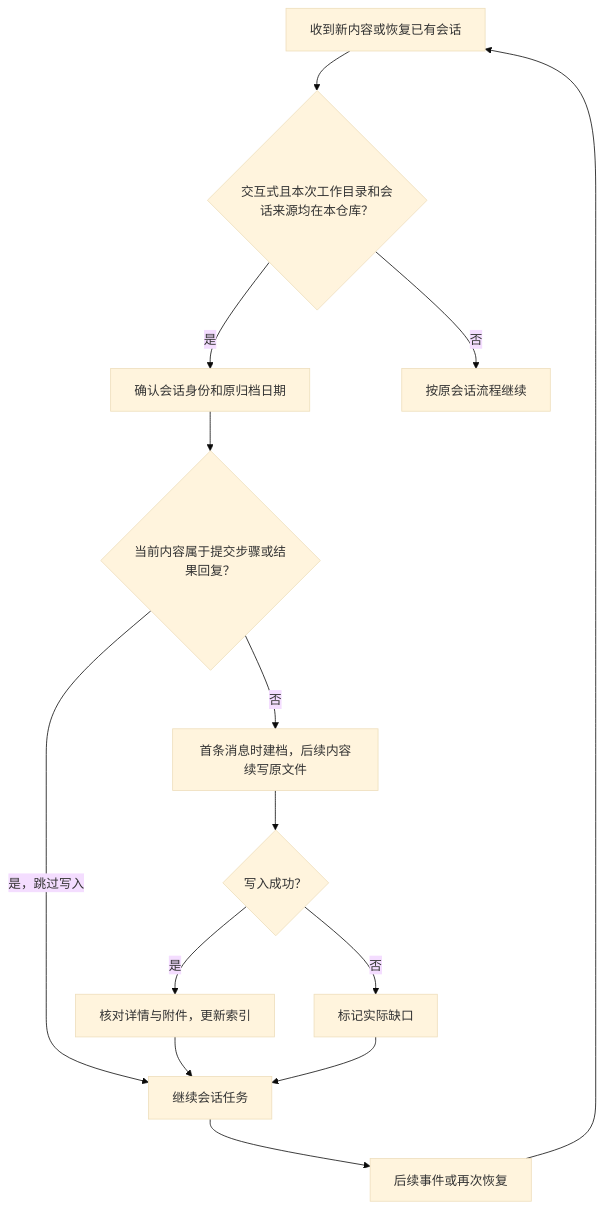
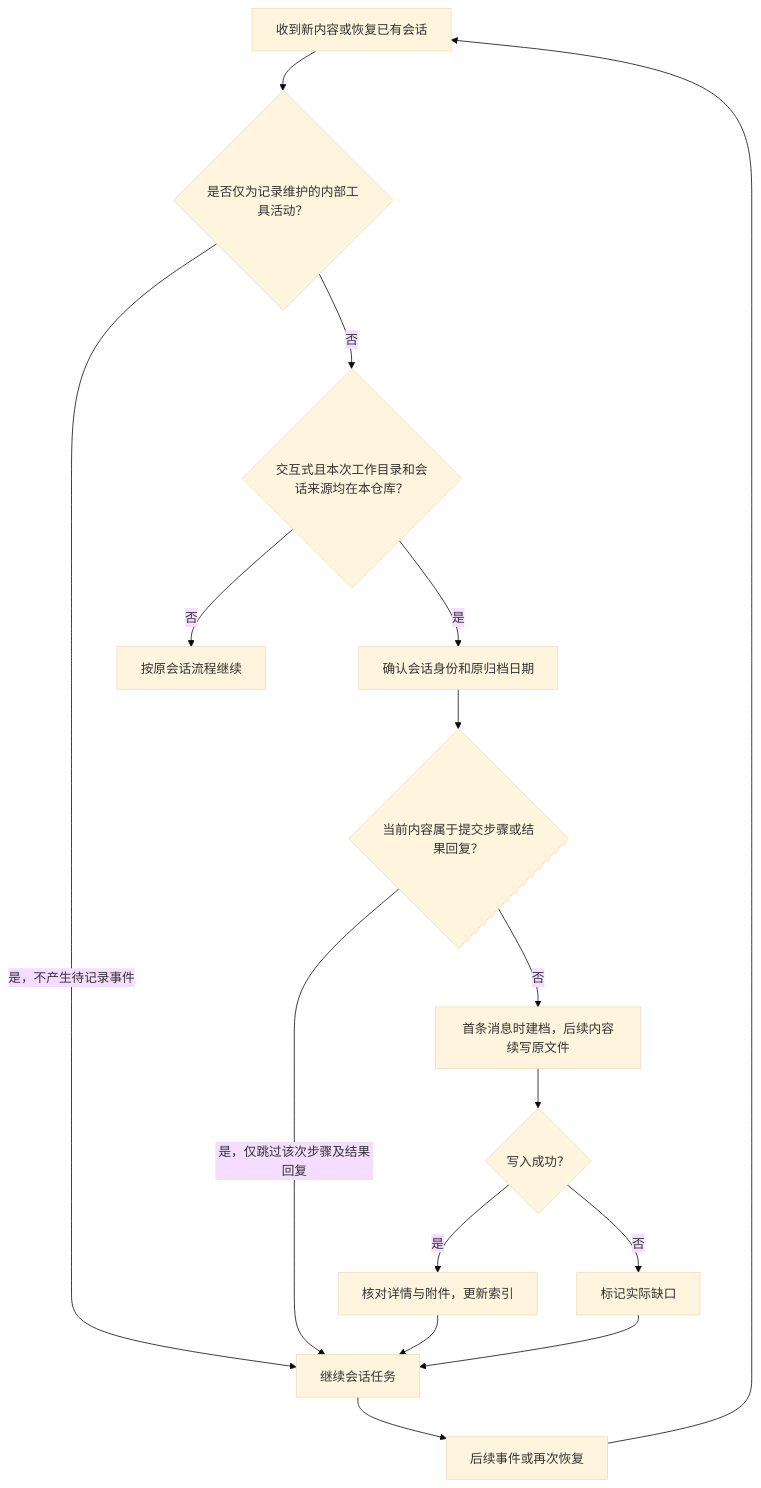
Before and after one commit to Ena-Heleneto/agent-foundry: the first of 4 diagrams in specs/skills/002-conversation-to-skill/diagrams.md, drawn with Mermaid (base theme). The commit also changed other lines of this file and 23 other files, not shown here.

````diff
--- a/specs/skills/002-conversation-to-skill/diagrams.md
+++ b/specs/skills/002-conversation-to-skill/diagrams.md
@@ -7,16 +7,18 @@
 ```mermaid
 flowchart TD
-    A["收到新内容或恢复已有会话"] --> I{"交互式且本次工作目录和会话来源均在本仓库？"}
+    A["收到新内容或恢复已有会话"] --> R{"是否仅为记录维护的内部工具活动？"}
+    R -->|是，不产生待记录事件| G
+    R -->|否| I{"交互式且本次工作目录和会话来源均在本仓库？"}
     I -->|是| B["确认会话身份和原归档日期"]
     I -->|否| J["按原会话流程继续"]
     B --> K{"当前内容属于提交步骤或结果回复？"}
-    K -->|是，跳过写入| G
+    K -->|是，仅跳过该次步骤及结果回复| G
     K -->|否| C["首条消息时建档，后续内容续写原文件"]
     C --> D{"写入成功？"}
     D -->|是| E["核对详情与附件，更新索引"]
     D -->|否| F["标记实际缺口"]
     E --> G["继续会话任务"]
     F --> G
     G --> H["后续事件或再次恢复"]
     H --> A
 ```
````
